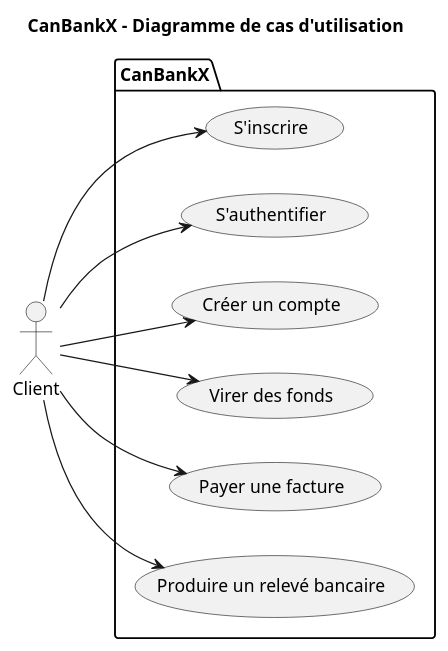
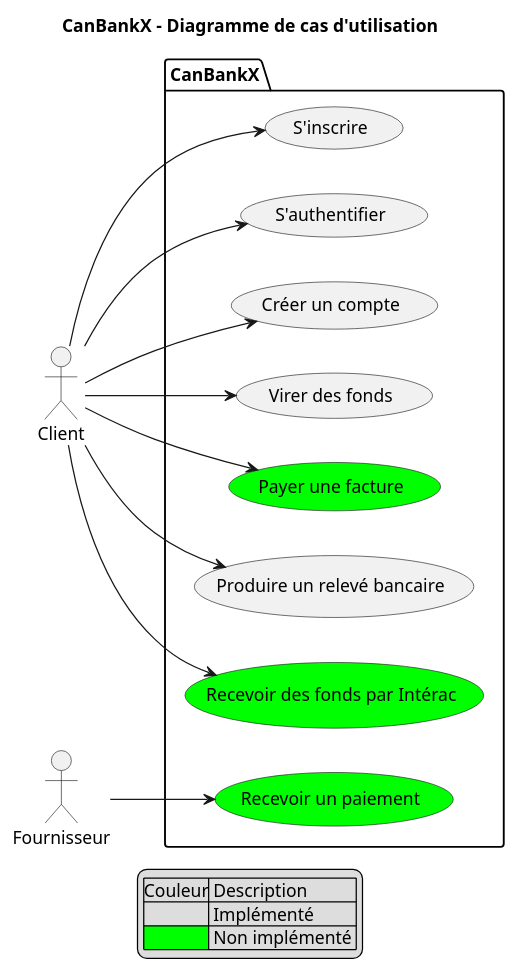
The diagram in docs/diagrams/use_case.puml (Aspirot/CanBankX), drawn with PlantUML before and after one commit. The commit also changed 70 other files, not shown here.

```diff
--- a/docs/diagrams/use_case.puml
+++ b/docs/diagrams/use_case.puml
@@ -1,20 +1,30 @@
 @startuml Use-case
 title CanBankX - Diagramme de cas d'utilisation
 left to right direction
 actor Client as c
+actor Fournisseur as s
 
 package CanBankX {
     usecase "S'inscrire" as UC1
     usecase "S'authentifier" as UC2
     usecase "Créer un compte" as UC3
     usecase "Virer des fonds" as UC5
-    usecase "Payer une facture" as UC6
+    usecase "Payer une facture" as UC6 #00FF00
     usecase "Produire un relevé bancaire" as UC8
+    usecase "Recevoir des fonds par Intérac" as UC9 #00FF00
+    usecase "Recevoir un paiement" as UC10 #00FF00
 }
 c --> UC1
 c --> UC2
 c --> UC3
 c --> UC5
 c --> UC6
 c --> UC8
+c --> UC9
+s --> UC10
+legend
+    |Couleur| Description |
+    | | Implémenté |
+    |<#00FF00>| Non implémenté |
+end legend
 @enduml
```
